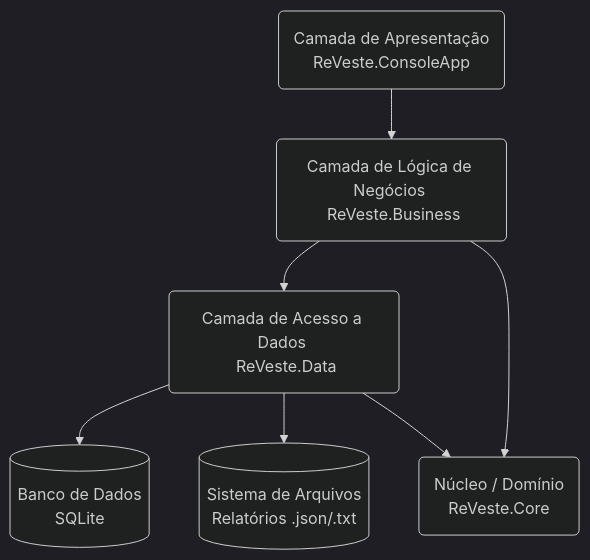
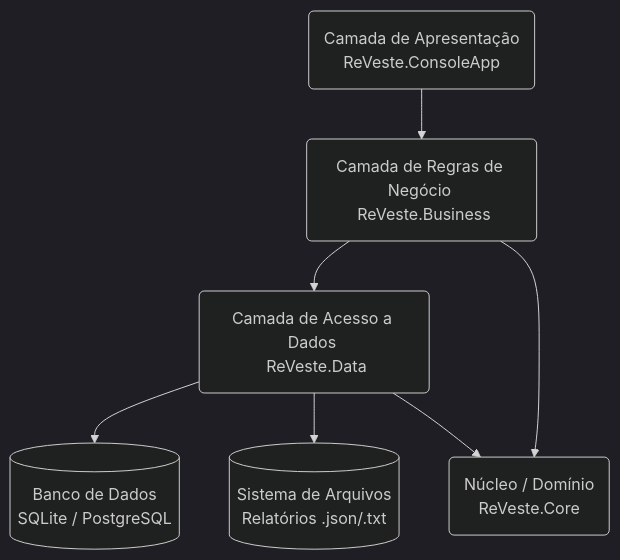
One commit to fabriziomaia/projeto-reveste-csharp changed the diagram in README.md. Above: the diagram before and after it, drawn with Mermaid (dark theme). The commit also changed other lines of this file, not shown here.

````diff
--- a/README.md
+++ b/README.md
@@ -67,9 +66,9 @@
 ```mermaid
 graph TD
-    UI(Camada de Apresentação <br> ReVeste.ConsoleApp) --> BLL(Camada de Lógica de Negócios <br> ReVeste.Business)
+    UI(Camada de Apresentação <br> ReVeste.ConsoleApp) --> BLL(Camada de Regras de Negócio <br> ReVeste.Business)
     BLL --> DAL(Camada de Acesso a Dados <br> ReVeste.Data)
-    DAL --> DB[(Banco de Dados <br> SQLite)]
+    DAL --> DB[(Banco de Dados <br> SQLite / PostgreSQL)]
     DAL --> FS[(Sistema de Arquivos <br> Relatórios .json/.txt)]
     BLL --> Core(Núcleo / Domínio <br> ReVeste.Core)
     DAL --> Core
 ```
````
